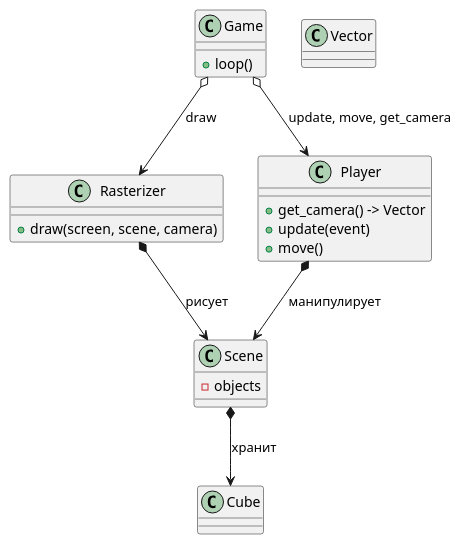
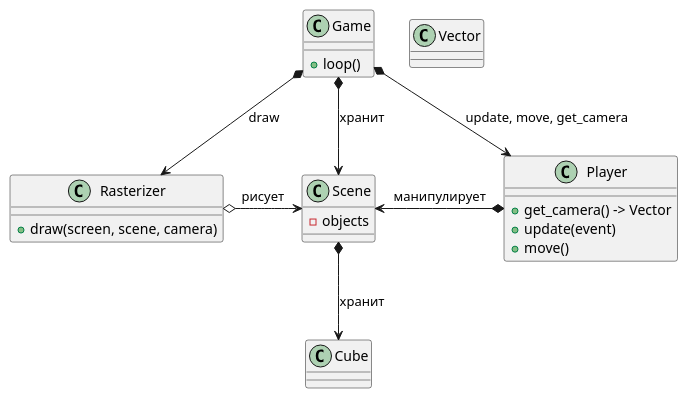
Before and after one commit to Zuev-534/Vfqyrhfan: the diagram in diagram.puml, drawn with PlantUML.

Commit message:
Привёл диаграмму в соответствующий вид

```diff
--- a/diagram.puml
+++ b/diagram.puml
@@ -1,34 +1,35 @@
 @startuml
 'https://plantuml.com/class-diagram
 
 class Rasterizer {
     + draw(screen, scene, camera)
 }
 
 class Game {
     + loop()
 }
 
 class Scene {
     - objects
 }
 
 class Player {
     + get_camera() -> Vector
     + update(event)
     + move()
 }
 
 class Vector {
 }
 
 class Cube {
 }
 
-Game o--> Player : update, move, get_camera
-Game o--> Rasterizer : draw
-Rasterizer *--> Scene : рисует
-Player *--> Scene : манипулирует
+Game *--> Rasterizer : draw
+Game *--> Scene : хранит
+Game *--> Player : update, move, get_camera
+Rasterizer o-> Scene : рисует
+Scene <-* Player: манипулирует
 Scene *--> Cube : хранит
 
 @enduml
```
